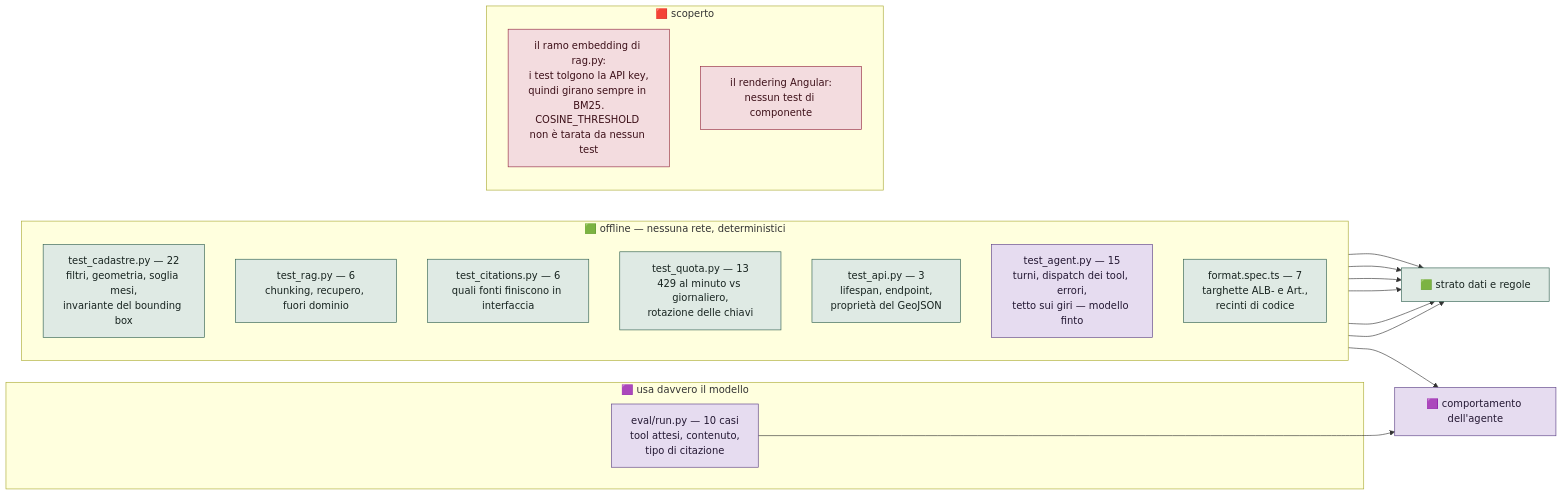
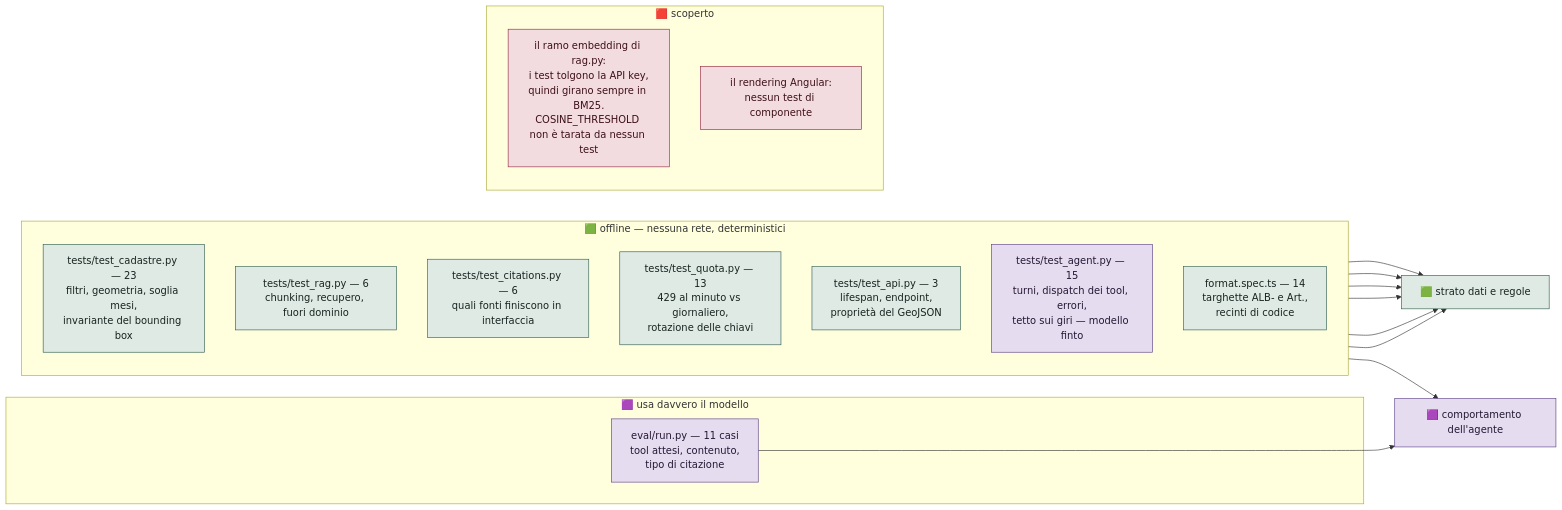
One commit to xLUPOx/Projects changed diagram 16 of 16 in Chatbot/FLUSSI.md. Above: the diagram before and after it, drawn with Mermaid. The commit also changed other lines of this file and 11 other files, not shown here.

````diff
--- a/Chatbot/FLUSSI.md
+++ b/Chatbot/FLUSSI.md
@@ -697,39 +697,39 @@
 ```mermaid
 flowchart LR
     subgraph OFF["🟩 offline — nessuna rete, deterministici"]
         direction TB
-        T1["test_cadastre.py — 22<br/>filtri, geometria, soglia mesi,<br/>invariante del bounding box"]
-        T2["test_rag.py — 6<br/>chunking, recupero, fuori dominio"]
-        T3["test_citations.py — 6<br/>quali fonti finiscono in interfaccia"]
-        T4["test_quota.py — 13<br/>429 al minuto vs giornaliero,<br/>rotazione delle chiavi"]
-        T5["test_api.py — 3<br/>lifespan, endpoint,<br/>proprietà del GeoJSON"]
-        T6["test_agent.py — 15<br/>turni, dispatch dei tool, errori,<br/>tetto sui giri — modello finto"]
-        T7["format.spec.ts — 7<br/>targhette ALB- e Art.,<br/>recinti di codice"]
+        T1["tests/test_cadastre.py — 23<br/>filtri, geometria, soglia mesi,<br/>invariante del bounding box"]
+        T2["tests/test_rag.py — 6<br/>chunking, recupero, fuori dominio"]
+        T3["tests/test_citations.py — 6<br/>quali fonti finiscono in interfaccia"]
+        T4["tests/test_quota.py — 13<br/>429 al minuto vs giornaliero,<br/>rotazione delle chiavi"]
+        T5["tests/test_api.py — 3<br/>lifespan, endpoint,<br/>proprietà del GeoJSON"]
+        T6["tests/test_agent.py — 15<br/>turni, dispatch dei tool, errori,<br/>tetto sui giri — modello finto"]
+        T7["format.spec.ts — 14<br/>targhette ALB- e Art.,<br/>recinti di codice"]
     end
 
     subgraph ON["🟪 usa davvero il modello"]
-        EV["eval/run.py — 10 casi<br/>tool attesi, contenuto,<br/>tipo di citazione"]
+        EV["eval/run.py — 11 casi<br/>tool attesi, contenuto,<br/>tipo di citazione"]
     end
 
     subgraph GAP["🟥 scoperto"]
         G1["il ramo embedding di rag.py:<br/>i test tolgono la API key,<br/>quindi girano sempre in BM25.<br/>COSINE_THRESHOLD non è tarata da nessun test"]
         G2["il rendering Angular:<br/>nessun test di componente"]
     end
 
     T1 --> COV["🟩 strato dati e regole"]
     T2 --> COV
     T3 --> COV
     T4 --> COV
     T5 --> COV
     T7 --> COV
     T6 --> BEH["🟪 comportamento dell'agente"]
     EV --> BEH
 
     classDef be fill:#dfeae4,stroke:#2e5e4e,stroke-width:1px,color:#182420
     classDef ai fill:#e6dcf0,stroke:#5b3f86,stroke-width:1px,color:#241833
     classDef err fill:#f3dcdf,stroke:#93273f,stroke-width:1px,color:#3d1019
 
     class T1,T2,T3,T4,T5,T7,COV be
     class T6,EV,BEH ai
     class G1,G2 err
 ```
````
